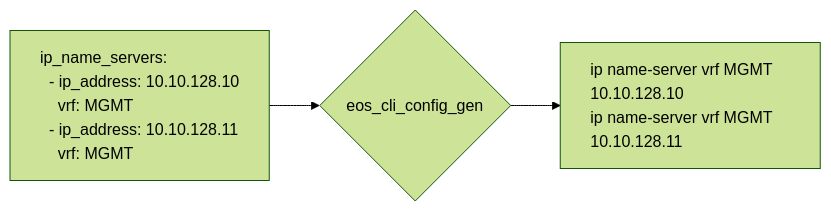
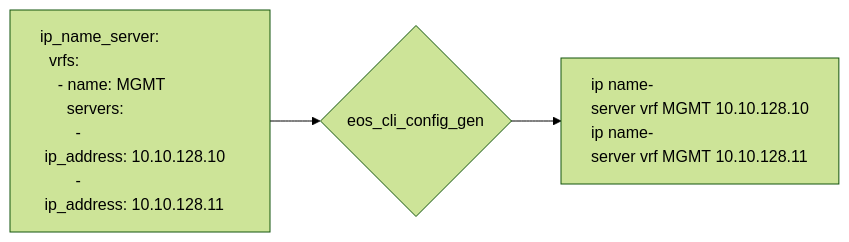
Before and after one commit to aristanetworks/avd: the second of 8 diagrams in docs/getting-started/ansible-usage-patterns.md, drawn with Mermaid (forest theme). The commit also changed other lines of this file, not shown here.

````diff
--- a/docs/getting-started/ansible-usage-patterns.md
+++ b/docs/getting-started/ansible-usage-patterns.md
@@ -55,8 +56,8 @@
 ```mermaid
 graph LR
-    A["ip_name_servers:<br/>&nbsp;&nbsp;- ip_address: 10.10.128.10<br/>&nbsp;&nbsp;&nbsp;&nbsp;vrf: MGMT<br/>&nbsp;&nbsp;- ip_address: 10.10.128.11<br/>&nbsp;&nbsp;&nbsp;&nbsp;vrf: MGMT"] --> B{eos_cli_config_gen}
-    B --> C["ip name-server vrf MGMT 10.10.128.10<br/>ip name-server vrf MGMT 10.10.128.11"]
+    A["ip_name_server:<br/>&nbsp;&nbsp;vrfs:<br/>&nbsp;&nbsp;&nbsp;&nbsp;-&nbsp;name:&nbsp;MGMT<br/>&nbsp;&nbsp;&nbsp;&nbsp;&nbsp;&nbsp;servers:<br/>&nbsp;&nbsp;&nbsp;&nbsp;&nbsp;&nbsp;&nbsp;&nbsp;-&nbsp;ip_address:&nbsp;10.10.128.10<br/>&nbsp;&nbsp;&nbsp;&nbsp;&nbsp;&nbsp;&nbsp;&nbsp;-&nbsp;ip_address:&nbsp;10.10.128.11"] --> B{eos_cli_config_gen}
+    B --> C["ip&nbsp;name-server&nbsp;vrf&nbsp;MGMT&nbsp;10.10.128.10<br/>ip&nbsp;name-server&nbsp;vrf&nbsp;MGMT&nbsp;10.10.128.11"]
 
     style A text-align:left
     style C text-align:left
 ```
````
